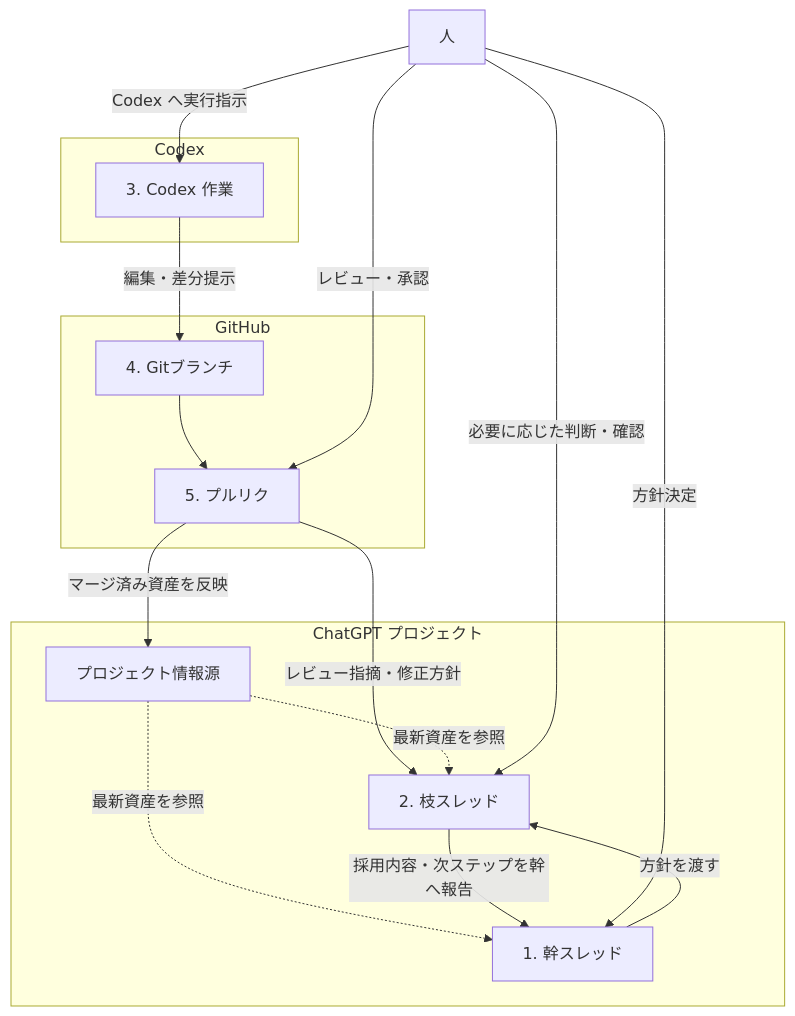
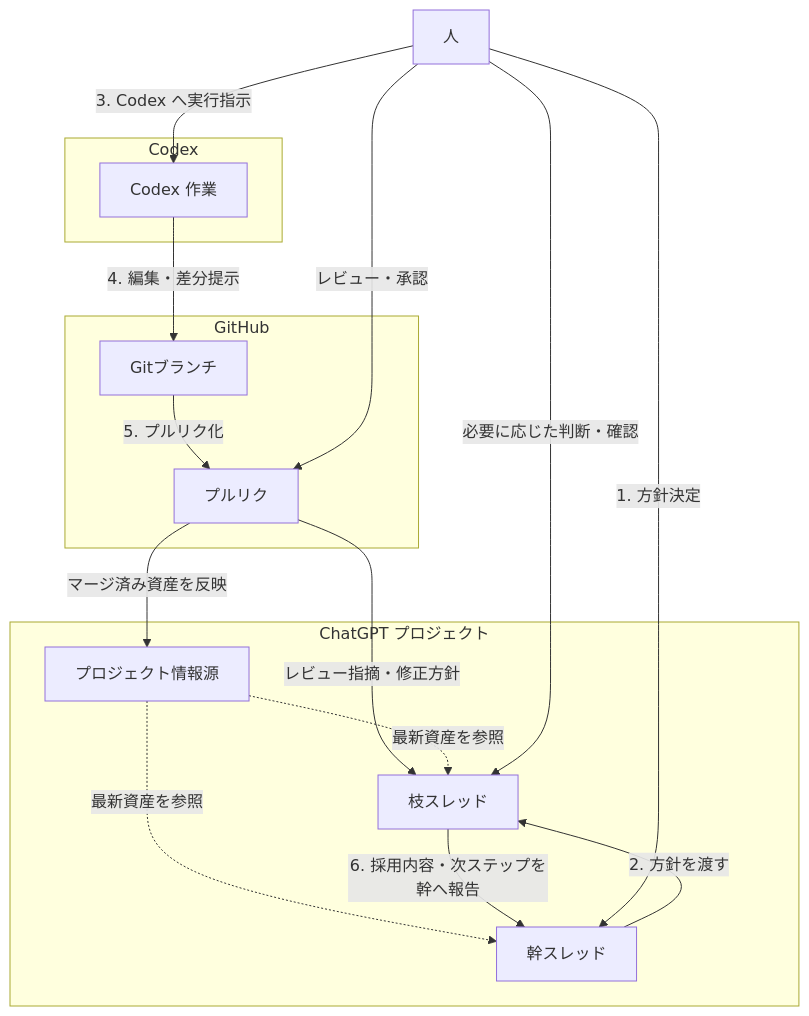
The diagram in docs/diagrams/01_operating_model.md (daisan-chan/chatgpt-codex-playbook), drawn with Mermaid before and after one commit. The commit also changed other lines of this file, not shown here.

Commit message:
Move flow numbering from nodes to action labels

````diff
--- a/docs/diagrams/01_operating_model.md
+++ b/docs/diagrams/01_operating_model.md
@@ -5,33 +5,33 @@
 ```mermaid
 flowchart TB
     H[人]
 
     subgraph S1[ChatGPT プロジェクト]
-        M[1. 幹スレッド]
-        B[2. 枝スレッド]
+        M[幹スレッド]
+        B[枝スレッド]
         A[プロジェクト情報源]
     end
 
     subgraph S2[Codex]
-        X[3. Codex 作業]
+        X[Codex 作業]
     end
 
     subgraph S3[GitHub]
-        G[4. Gitブランチ]
-        P[5. プルリク]
+        G[Gitブランチ]
+        P[プルリク]
     end
 
-    M -->|方針を渡す| B
-    H -->|Codex へ実行指示| X
-    X -->|編集・差分提示| G
-    G --> P
+    M -->|2. 方針を渡す| B
+    H -->|3. Codex へ実行指示| X
+    X -->|4. 編集・差分提示| G
+    G -->|5. プルリク化| P
     P -->|レビュー指摘・修正方針| B
     P -->|マージ済み資産を反映| A
     A -.->|最新資産を参照| M
     A -.->|最新資産を参照| B
-    B -->|採用内容・次ステップを幹へ報告| M
+    B -->|6. 採用内容・次ステップを幹へ報告| M
 
-    H -->|方針決定| M
+    H -->|1. 方針決定| M
     H -->|必要に応じた判断・確認| B
     H -->|レビュー・承認| P
 ```
````
